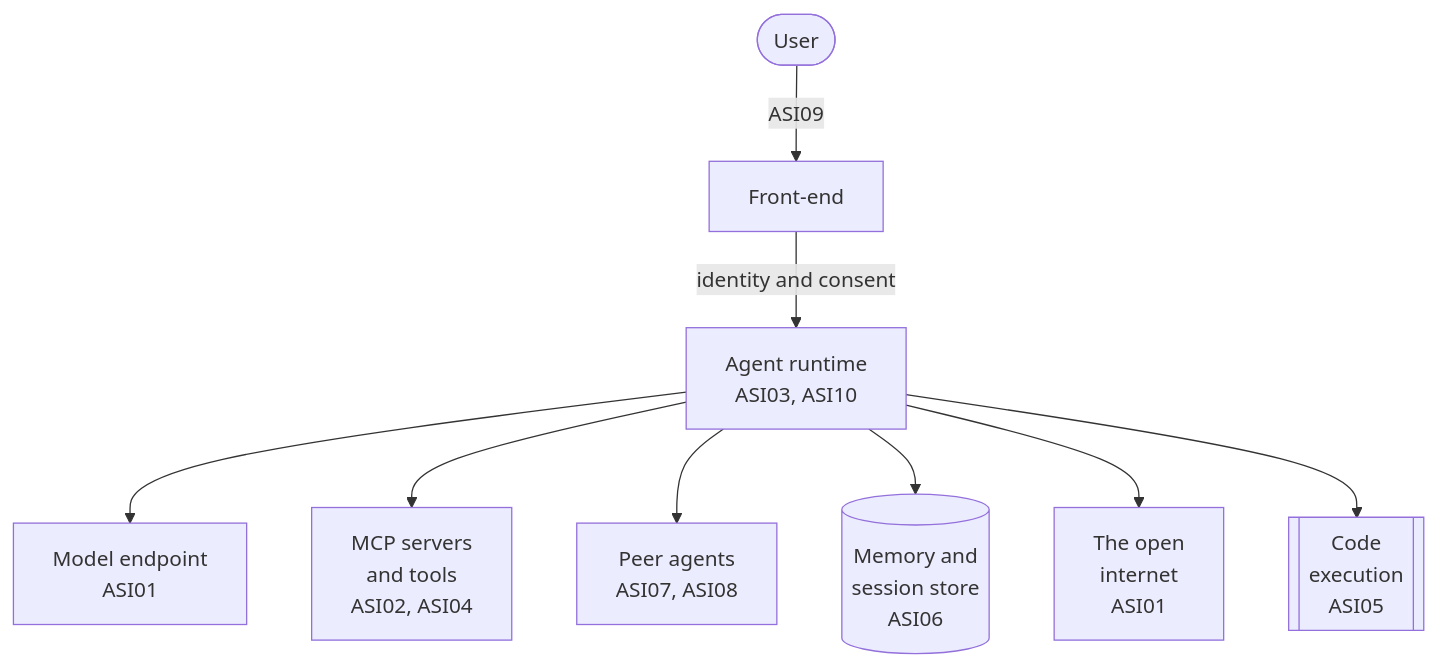
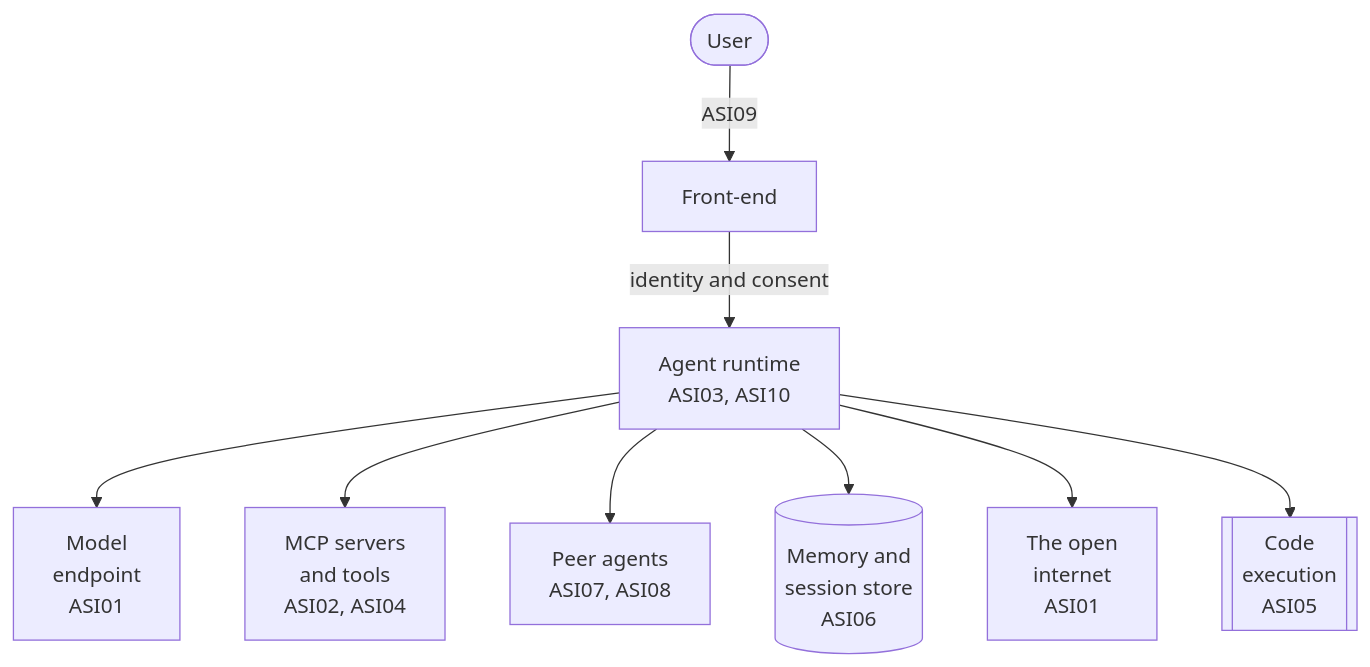
The first of 2 diagrams in 06-gateway/identity-security/agentic-identity-gcp-lab/docs/primer.md (aniryou/full-stack-agentic-engineer), drawn with Mermaid before and after one commit. The commit also changed other lines of this file and 340 other files, not shown here.

````diff
--- a/06-gateway/identity-security/agentic-identity-gcp-lab/docs/primer.md
+++ b/06-gateway/identity-security/agentic-identity-gcp-lab/docs/primer.md
@@ -92,11 +92,11 @@
 ```mermaid
 flowchart TB
     U(["User"]) -- "ASI09" --> FE["Front-end"]
     FE -- "identity and consent" --> AG["Agent runtime<br/>ASI03, ASI10"]
-    AG --> M["Model endpoint<br/>ASI01"]
+    AG --> M["Model<br/>endpoint<br/>ASI01"]
     AG --> T["MCP servers<br/>and tools<br/>ASI02, ASI04"]
     AG --> P["Peer agents<br/>ASI07, ASI08"]
     AG --> MEM[("Memory and<br/>session store<br/>ASI06")]
     AG --> NET["The open<br/>internet<br/>ASI01"]
     AG --> SB[["Code<br/>execution<br/>ASI05"]]
 ```
````
